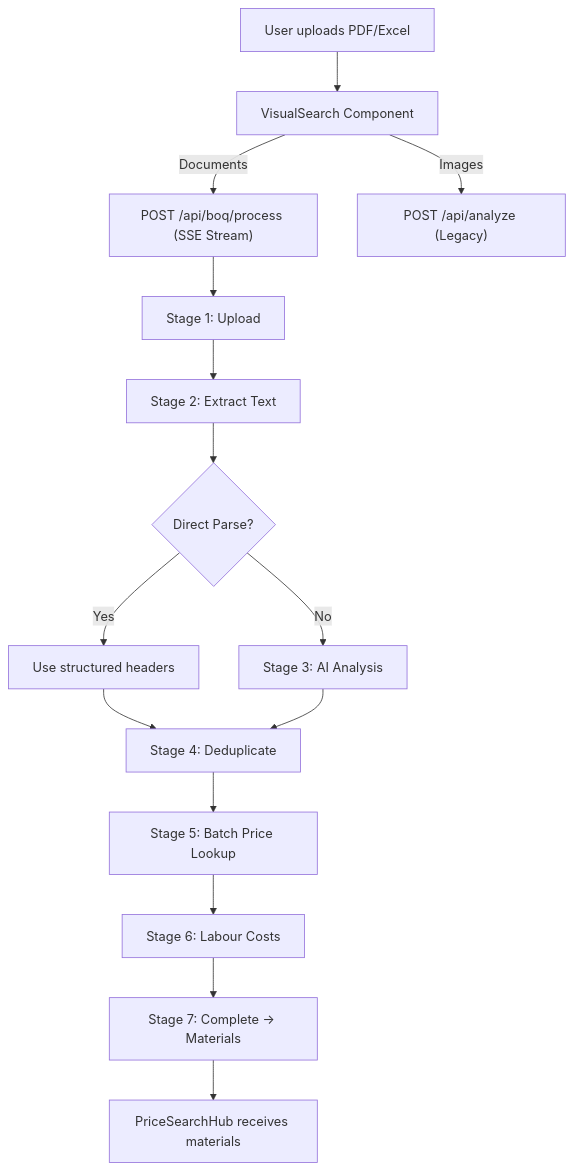
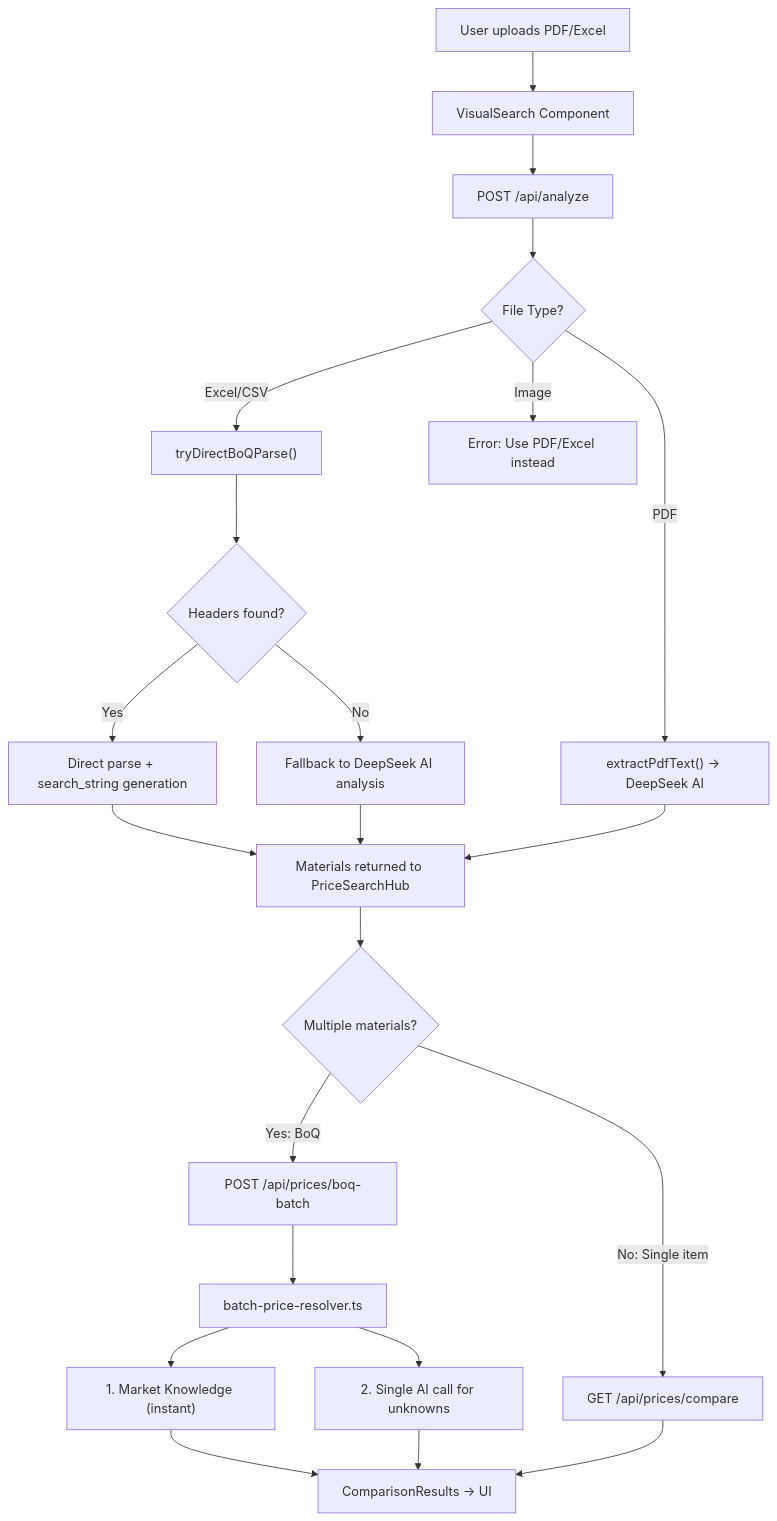
The diagram in buildcompare-sa/devs/boq_pipeline.md (Sbongiseni88/BuildCompareSA), drawn with Mermaid before and after one commit. The commit also changed other lines of this file and 27 other files, not shown here.

Commit message:
feat: add batch material price resolution API and optimize search string generation

````diff
--- a/buildcompare-sa/devs/boq_pipeline.md
+++ b/buildcompare-sa/devs/boq_pipeline.md
@@ -10,17 +11,24 @@
 ```mermaid
 graph TD
     A[User uploads PDF/Excel] --> B[VisualSearch Component]
-    B -->|Documents| C["POST /api/boq/process (SSE Stream)"]
-    B -->|Images| D["POST /api/analyze (Legacy)"]
-    C --> E[Stage 1: Upload]
-    E --> F[Stage 2: Extract Text]
-    F --> G{Direct Parse?}
-    G -->|Yes| H[Use structured headers]
-    G -->|No| I[Stage 3: AI Analysis]
-    H --> J[Stage 4: Deduplicate]
-    I --> J
-    J --> K[Stage 5: Batch Price Lookup]
-    K --> L[Stage 6: Labour Costs]
-    L --> M[Stage 7: Complete → Materials]
-    M --> N[PriceSearchHub receives materials]
+    B --> C["POST /api/analyze"]
+    C --> D{File Type?}
+    D -->|Excel/CSV| E["tryDirectBoQParse()"]
+    D -->|PDF| F["extractPdfText() → DeepSeek AI"]
+    D -->|Image| G["Error: Use PDF/Excel instead"]
+    E --> H{Headers found?}
+    H -->|Yes| I["Direct parse + search_string generation"]
+    H -->|No| J["Fallback to DeepSeek AI analysis"]
+    I --> K["Materials returned to PriceSearchHub"]
+    J --> K
+    F --> K
+    K --> L{Multiple materials?}
+    L -->|Yes: BoQ| M["POST /api/prices/boq-batch"]
+    L -->|No: Single item| N["GET /api/prices/compare"]
+    M --> O["batch-price-resolver.ts"]
+    O --> P["1. Market Knowledge (instant)"]
+    O --> Q["2. Single AI call for unknowns"]
+    P --> R["ComparisonResults → UI"]
+    Q --> R
+    N --> R
 ```
````
